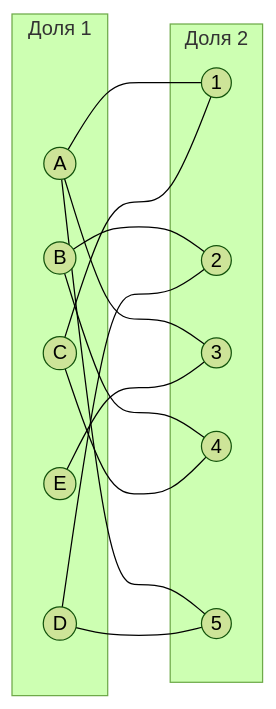
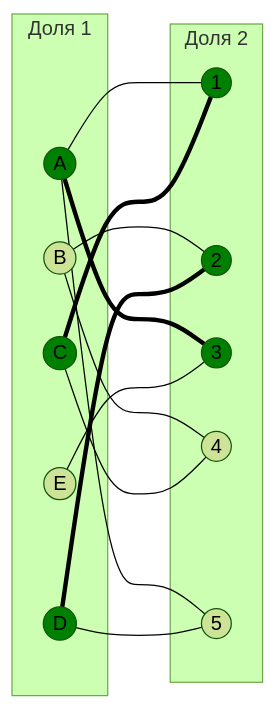
One commit to algos-ris-24-3/manual-tasks changed the fourth of 11 diagrams in Задание 8/Nyashki.md. Above: the diagram before and after it, drawn with Mermaid (forest theme). The commit also changed other lines of this file, not shown here.

````diff
--- a/Задание 8/Nyashki.md
+++ b/Задание 8/Nyashki.md
@@ -167,33 +167,40 @@
 ```mermaid
 graph LR
     subgraph "Доля 1"
         A((A))
         B((B))
         C((C))
         D((D))
         E((E))
     end
     subgraph "Доля 2"
         1((1))
         2((2))
         3((3))
         4((4))
         5((5))
     end
 
     A --- 1
-    A --- 3
+    A === 3
     A --- 5
 
     B --- 2
     B --- 4
 
-    C --- 1
+    C === 1
     C --- 4
     
-    D --- 2
+    D === 2
     D --- 5
     
     E --- 3
+
+    style A fill:#008000
+    style C fill:#008000
+    style D fill:#008000
+    style 1 fill:#008000
+    style 2 fill:#008000
+    style 3 fill:#008000
     
 ```
````
